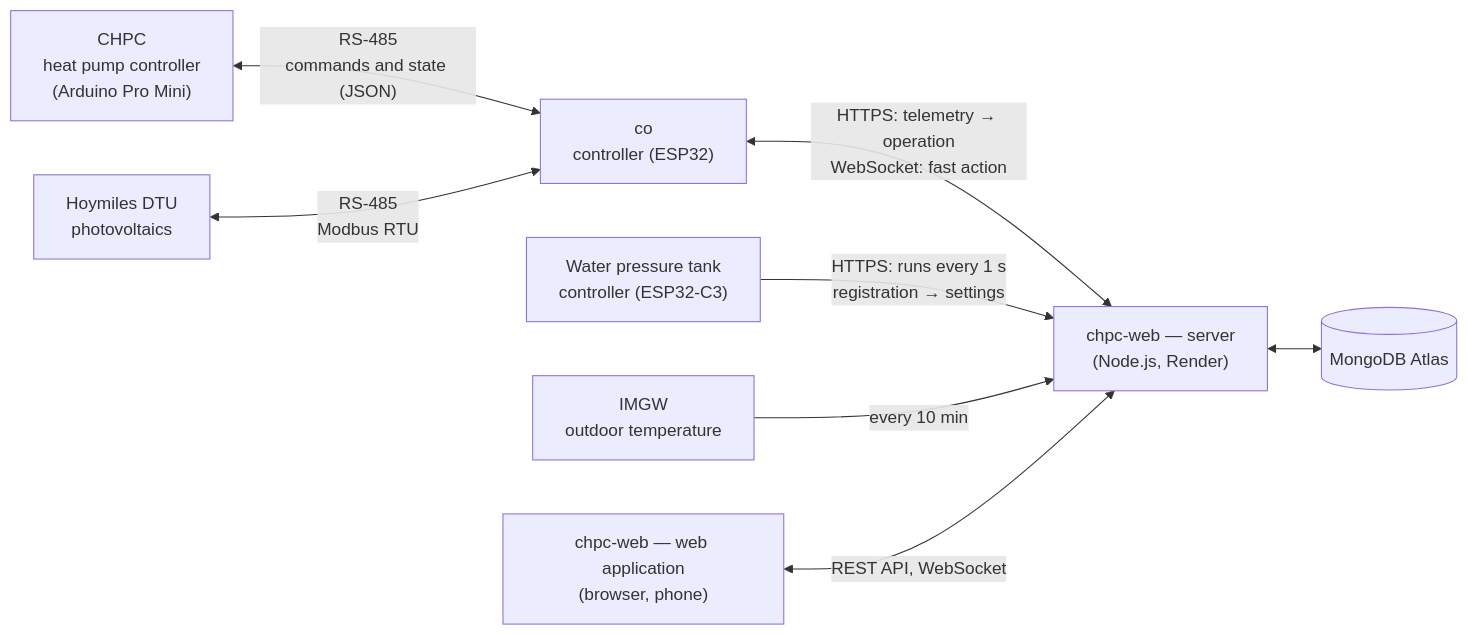
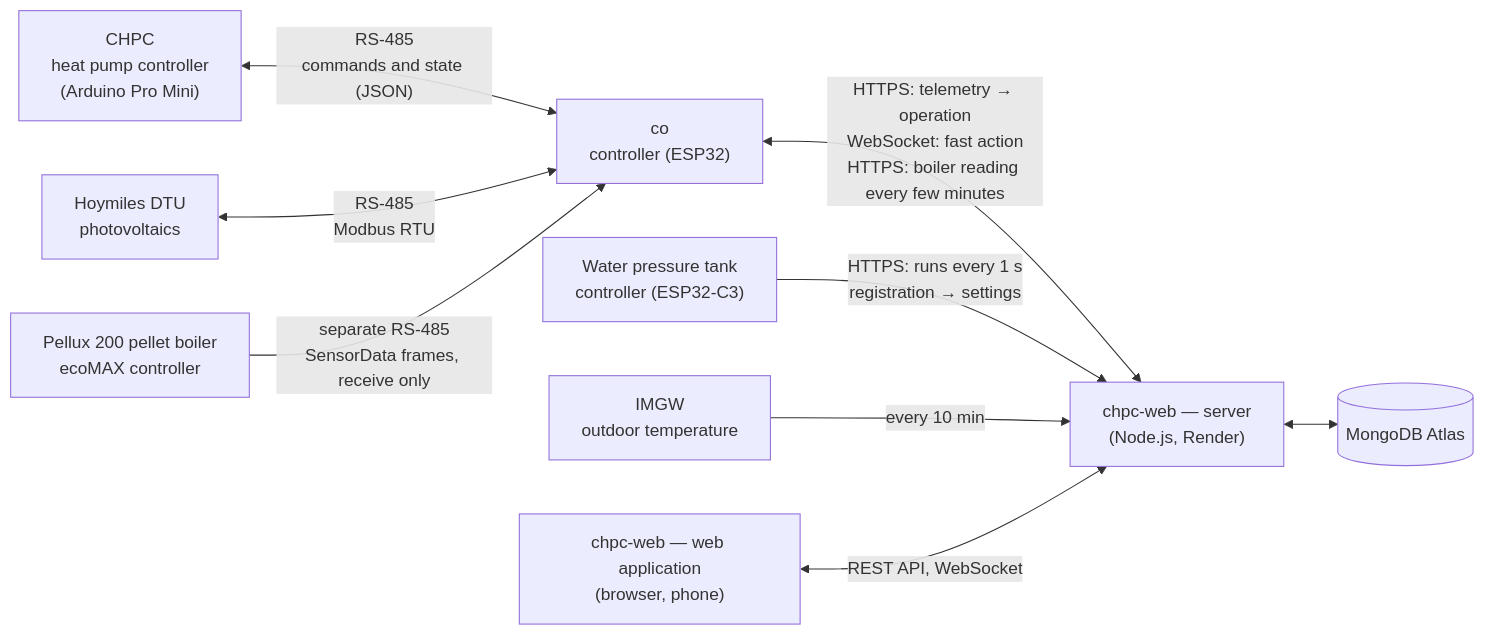
The diagram in docs/en/README.md (robertorlowski/chpc-web), drawn with Mermaid before and after one commit. The commit also changed other lines of this file and 78 other files, not shown here.

````diff
--- a/docs/en/README.md
+++ b/docs/en/README.md
@@ -15,19 +16,21 @@
 ```mermaid
 flowchart LR
     CHPC["CHPC<br/>heat pump controller<br/>(Arduino Pro Mini)"]
     DTU["Hoymiles DTU<br/>photovoltaics"]
     CO["co<br/>controller (ESP32)"]
+    ECO["Pellux 200 pellet boiler<br/>ecoMAX controller"]
     HYD["Water pressure tank<br/>controller (ESP32-C3)"]
     SRV["chpc-web — server<br/>(Node.js, Render)"]
     DB[("MongoDB Atlas")]
     WEB["chpc-web — web application<br/>(browser, phone)"]
     IMGW["IMGW<br/>outdoor temperature"]
 
     CHPC <-- "RS-485<br/>commands and state (JSON)" --> CO
     DTU <-- "RS-485<br/>Modbus RTU" --> CO
-    CO <-- "HTTPS: telemetry → operation<br/>WebSocket: fast action" --> SRV
+    ECO -- "separate RS-485<br/>SensorData frames, receive only" --> CO
+    CO <-- "HTTPS: telemetry → operation<br/>WebSocket: fast action<br/>HTTPS: boiler reading every few minutes" --> SRV
     HYD -- "HTTPS: runs every 1 s<br/>registration → settings" --> SRV
     IMGW -- "every 10 min" --> SRV
     SRV <--> DB
     WEB <-- "REST API, WebSocket" --> SRV
 ```
````
